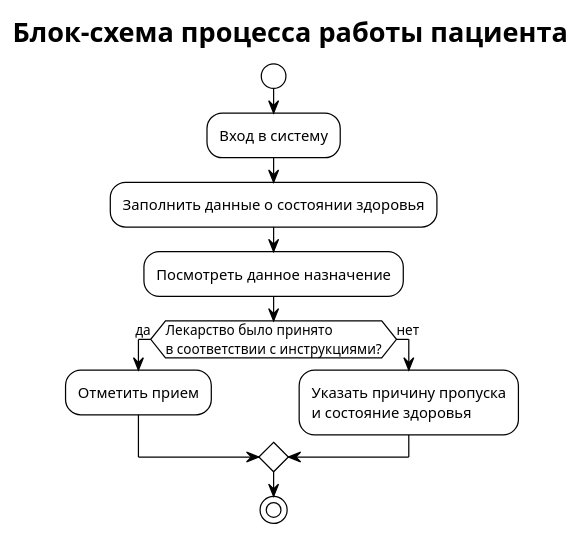
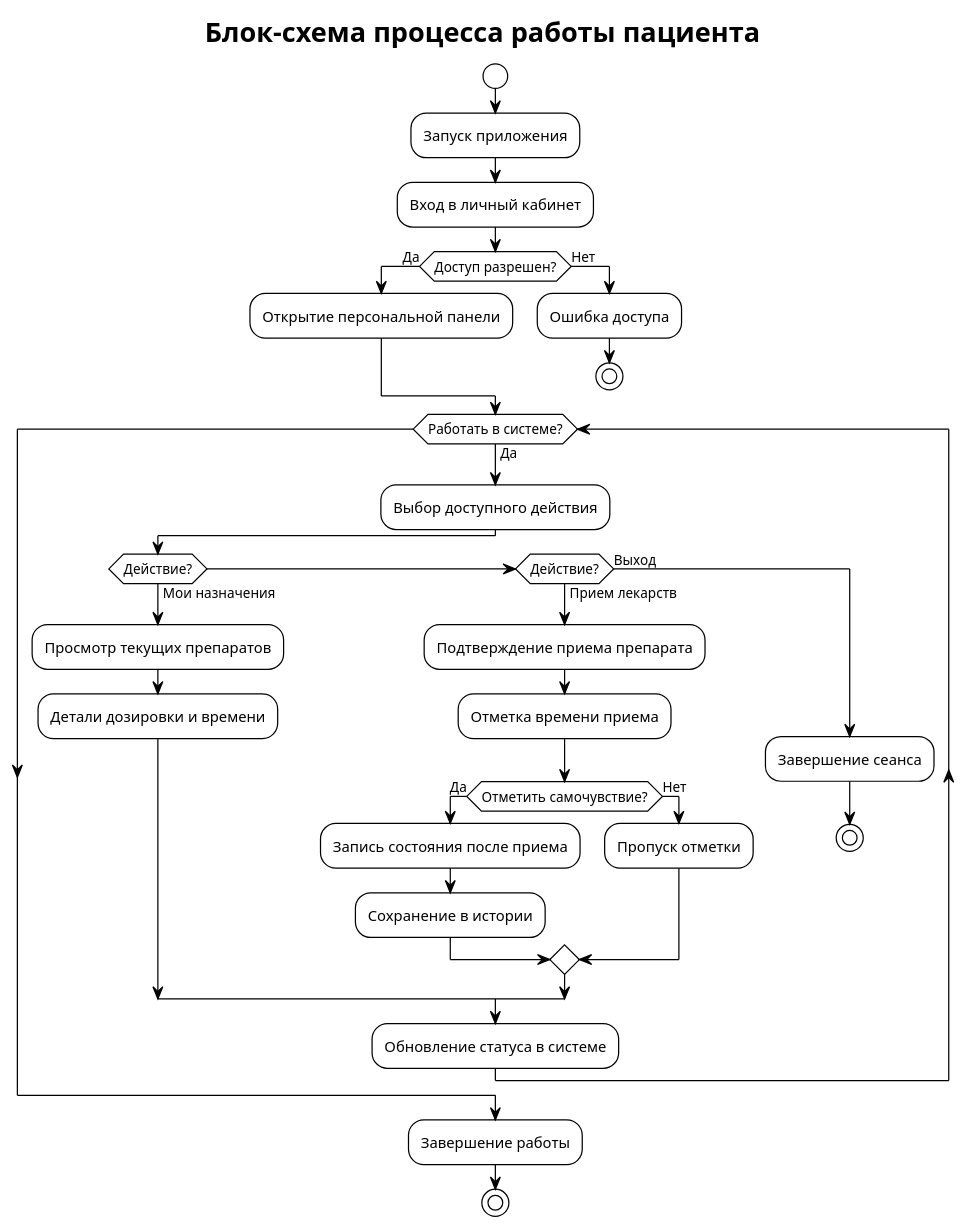
One commit to KiraRaeva/database-patient-medication-accounting-system- changed the diagram in docs/diagrams/blockdiagrams2.puml. Above: the diagram before and after it, drawn with PlantUML. The commit also changed 7 other files, not shown here.

```diff
--- a/docs/diagrams/blockdiagrams2.puml
+++ b/docs/diagrams/blockdiagrams2.puml
@@ -1,19 +1,44 @@
 @startuml
 !theme plain
 
 title Блок-схема процесса работы пациента
 
 start
-:Вход в систему;
-:Заполнить данные о состоянии здоровья;
-:Посмотреть данное назначение;
+:Запуск приложения;
+:Вход в личный кабинет;
 
-if (Лекарство было принято\nв соответствии с инструкциями?) then (да)
-  :Отметить прием;
-else (нет)
-  :Указать причину пропуска\nи состояние здоровья;
+if (Доступ разрешен?) then (Да)
+  :Открытие персональной панели;
+else (Нет)
+  :Ошибка доступа;
+  stop
 endif
 
+while (Работать в системе?) is (Да)
+  :Выбор доступного действия;
+
+  if (Действие?) then (Мои назначения)
+    :Просмотр текущих препаратов;
+    :Детали дозировки и времени;
+  elseif (Действие?) then (Прием лекарств)
+    :Подтверждение приема препарата;
+    :Отметка времени приема;
+
+    if (Отметить самочувствие?) then (Да)
+      :Запись состояния после приема;
+      :Сохранение в истории;
+    else (Нет)
+      :Пропуск отметки;
+    endif
+  else (Выход)
+    :Завершение сеанса;
+    stop
+  endif
+
+  :Обновление статуса в системе;
+endwhile
+
+:Завершение работы;
 stop
 
 @enduml
```
